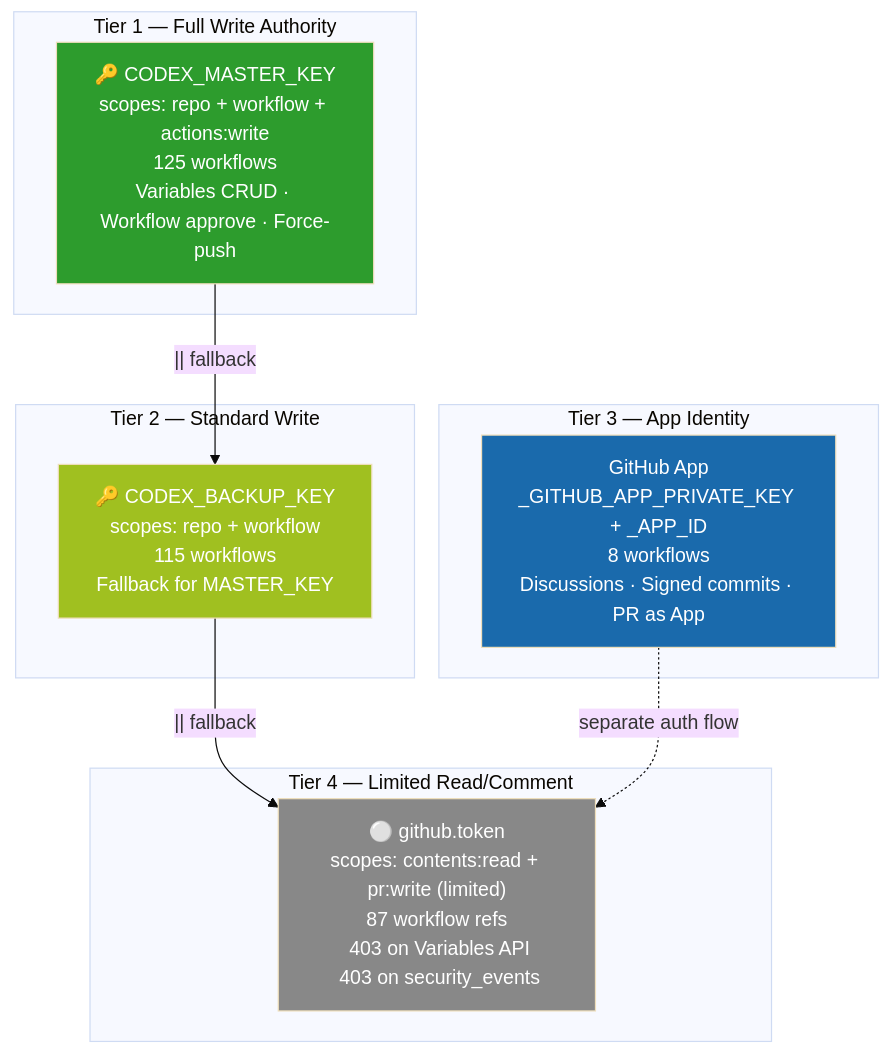
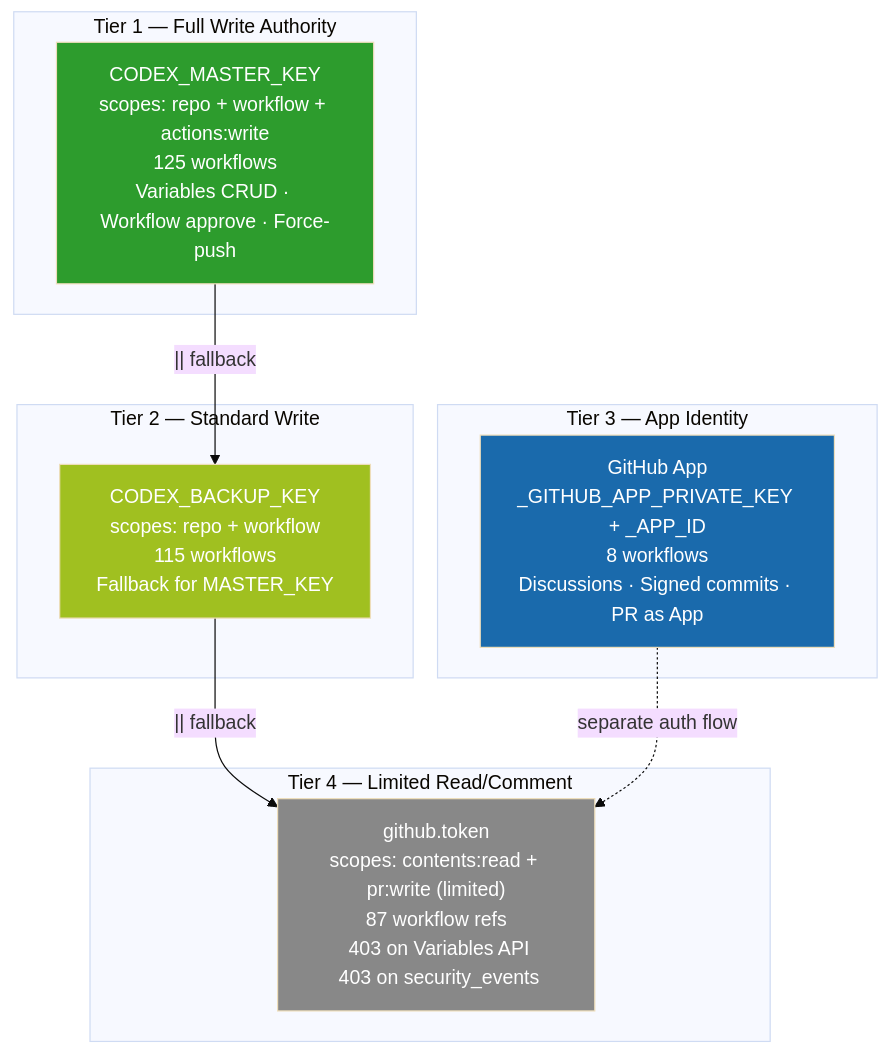
One commit to Aries-Serpent/_codex_ changed the fourth of 19 diagrams in docs/reference/ELEVATED_PRIVILEGES_TOKEN_REVIEW.md. Above: the diagram before and after it, drawn with Mermaid (base theme). The commit also changed other lines of this file and 4117 other files, not shown here.

````diff
--- a/docs/reference/ELEVATED_PRIVILEGES_TOKEN_REVIEW.md
+++ b/docs/reference/ELEVATED_PRIVILEGES_TOKEN_REVIEW.md
@@ -718,25 +724,27 @@
 ```mermaid
-%%{init: {'accessibility': {'title': 'Flowchart showing "🔑 CODEX_MASTER_KEY\nscopes: repo + workflow + actions:write\n125 workflows\nVariables CRUD · Workflow approve · Force-push", "🔑 CODEX_BACKUP_KEY\nscopes: repo + workflow\n115 workflows\nFallback for MASTER_KEY"'}}%%
+%%{init: {'accessibility': {'title': 'Flowchart showing " CODEX_MASTER_KEY\nscopes: repo + workflow + actions:write\n125 workflows\nVariables CRUD · Workflow approve · Force-push", " CODEX_BACKUP_KEY\nscopes: repo + workflow\n115 workflows\nFallback for MASTER_KEY"'}}%%
+
 graph TD
-    subgraph "Tier 1 — Full Write Authority"
-        MK["🔑 CODEX_MASTER_KEY\nscopes: repo + workflow + actions:write\n125 workflows\nVariables CRUD · Workflow approve · Force-push"]
-    end
-    subgraph "Tier 2 — Standard Write"
-        BK["🔑 CODEX_BACKUP_KEY\nscopes: repo + workflow\n115 workflows\nFallback for MASTER_KEY"]
-    end
-    subgraph "Tier 3 — App Identity"
-        APP[" GitHub App\n_GITHUB_APP_PRIVATE_KEY + _APP_ID\n8 workflows\nDiscussions · Signed commits · PR as App"]
-    end
-    subgraph "Tier 4 — Limited Read/Comment"
-        GT["⚪ github.token\nscopes: contents:read + pr:write (limited)\n87 workflow refs\n 403 on Variables API\n 403 on security_events"]
-    end
+ subgraph "Tier 1 — Full Write Authority"
+ MK[" CODEX_MASTER_KEY\nscopes: repo + workflow + actions:write\n125 workflows\nVariables CRUD · Workflow approve · Force-push"]
+ end
+ subgraph "Tier 2 — Standard Write"
+ BK[" CODEX_BACKUP_KEY\nscopes: repo + workflow\n115 workflows\nFallback for MASTER_KEY"]
+ end
+ subgraph "Tier 3 — App Identity"
+ APP[" GitHub App\n_GITHUB_APP_PRIVATE_KEY + _APP_ID\n8 workflows\nDiscussions · Signed commits · PR as App"]
+ end
+ subgraph "Tier 4 — Limited Read/Comment"
+ GT[" github.token\nscopes: contents:read + pr:write (limited)\n87 workflow refs\n 403 on Variables API\n 403 on security_events"]
+ end
 
-    MK -->|"|| fallback"| BK
-    BK -->|"|| fallback"| GT
-    APP -.->|"separate auth flow"| GT
+ MK -->|"|| fallback"| BK
 
-    style MK fill:#2d9c2d,color:#fff
-    style BK fill:#a0c020,color:#fff
-    style APP fill:#1a6aac,color:#fff
-    style GT fill:#888,color:#fff
+ BK -->|"|| fallback"| GT
+ APP -.->|"separate auth flow"| GT
+
+ style MK fill:#2d9c2d,color:#fff
+ style BK fill:#a0c020,color:#fff
+ style APP fill:#1a6aac,color:#fff
+ style GT fill:#888,color:#fff
 ```
````
